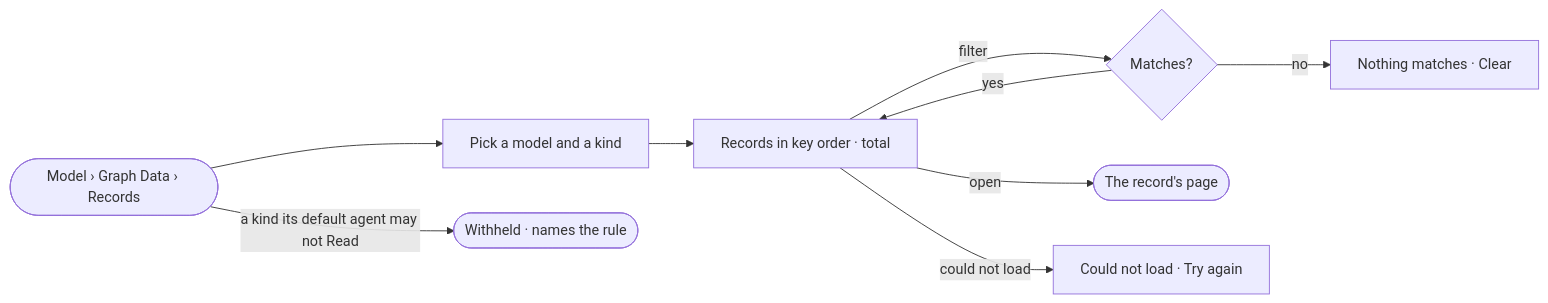
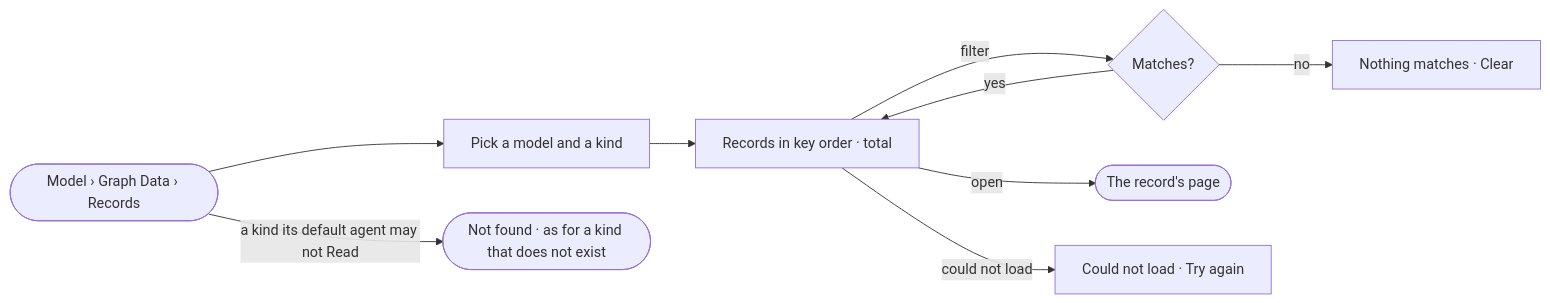
One commit to invana/invana changed the diagram in specs/capabilities/records/features/RC-F01-records-by-kind/stories/RC-01-browse-the-records-of-a-kind/story.md. Above: the diagram before and after it, drawn with Mermaid. The commit also changed other lines of this file and 69 other files, not shown here.

````diff
--- a/specs/capabilities/records/features/RC-F01-records-by-kind/stories/RC-01-browse-the-records-of-a-kind/story.md
+++ b/specs/capabilities/records/features/RC-F01-records-by-kind/stories/RC-01-browse-the-records-of-a-kind/story.md
@@ -27,10 +27,10 @@
 ```mermaid
 flowchart LR
   a([Model › Graph Data › Records]) --> k[Pick a model and a kind] --> l[Records in key order · total]
   l -->|filter| fl{Matches?}
   fl -->|no| ef[Nothing matches · Clear]
   fl -->|yes| l
   l -->|open| r([The record's page])
   l -->|could not load| f[Could not load · Try again]
-  a -->|a kind its default agent may not Read| w([Withheld · names the rule])
+  a -->|a kind its default agent may not Read| w([Not found · as for a kind that does not exist])
 ```
````
